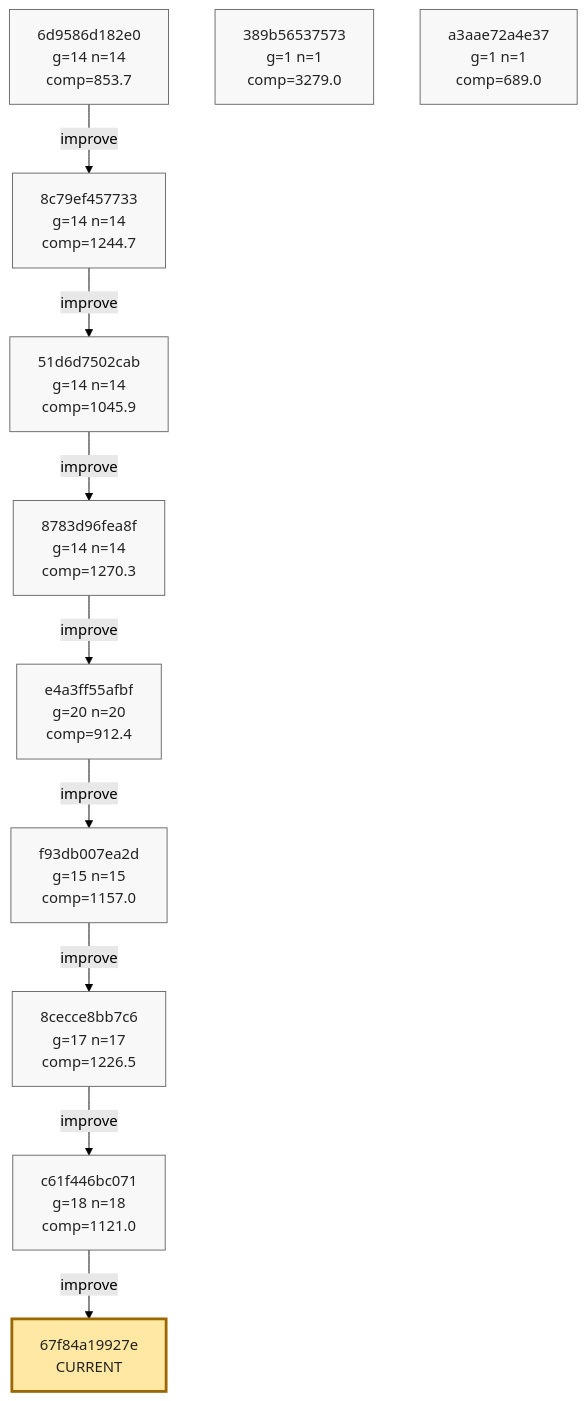
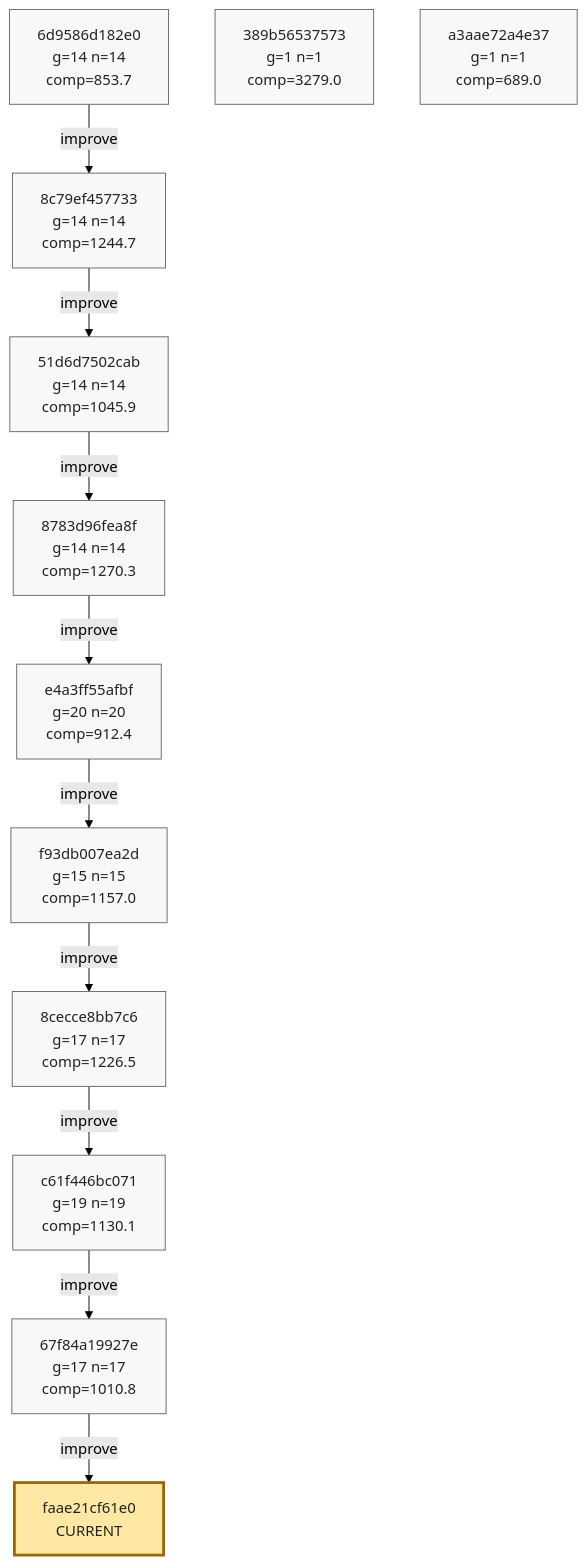
Before and after one commit to azumag/soviet_now: the eighth of 8 diagrams in phyrogenetic-tree.md, drawn with Mermaid (forest theme). The commit also changed other lines of this file and 2 other files, not shown here.

Commit message:
eloop Improve after 12 games (scores: 2398 1063 805 3728 765 3407 1125 976 1376 962 499 694)

````diff
--- a/phyrogenetic-tree.md
+++ b/phyrogenetic-tree.md
@@ -1942,40 +1942,43 @@
 ```mermaid
 flowchart TD
     h_6d9586d182e0["6d9586d182e0<br/>g=14 n=14<br/>comp=853.7"]
     h_8c79ef457733["8c79ef457733<br/>g=14 n=14<br/>comp=1244.7"]
     h_51d6d7502cab["51d6d7502cab<br/>g=14 n=14<br/>comp=1045.9"]
     h_8783d96fea8f["8783d96fea8f<br/>g=14 n=14<br/>comp=1270.3"]
     h_e4a3ff55afbf["e4a3ff55afbf<br/>g=20 n=20<br/>comp=912.4"]
     h_f93db007ea2d["f93db007ea2d<br/>g=15 n=15<br/>comp=1157.0"]
     h_8cecce8bb7c6["8cecce8bb7c6<br/>g=17 n=17<br/>comp=1226.5"]
-    h_c61f446bc071["c61f446bc071<br/>g=18 n=18<br/>comp=1121.0"]
+    h_c61f446bc071["c61f446bc071<br/>g=19 n=19<br/>comp=1130.1"]
+    h_67f84a19927e["67f84a19927e<br/>g=17 n=17<br/>comp=1010.8"]
     h_389b56537573["389b56537573<br/>g=1 n=1<br/>comp=3279.0"]
     h_a3aae72a4e37["a3aae72a4e37<br/>g=1 n=1<br/>comp=689.0"]
-    h_67f84a19927e["67f84a19927e<br/>CURRENT"]
+    h_faae21cf61e0["faae21cf61e0<br/>CURRENT"]
 
     h_6d9586d182e0 -->|improve| h_8c79ef457733
     h_8c79ef457733 -->|improve| h_51d6d7502cab
     h_51d6d7502cab -->|improve| h_8783d96fea8f
     h_8783d96fea8f -->|improve| h_e4a3ff55afbf
     h_e4a3ff55afbf -->|improve| h_f93db007ea2d
     h_f93db007ea2d -->|improve| h_8cecce8bb7c6
     h_8cecce8bb7c6 -->|improve| h_c61f446bc071
     h_c61f446bc071 -->|improve| h_67f84a19927e
+    h_67f84a19927e -->|improve| h_faae21cf61e0
 
     classDef plain fill:#f8f8f8,stroke:#666,stroke-width:1px,color:#222;
     classDef current fill:#ffe8a3,stroke:#9a6700,stroke-width:3px,color:#222;
     classDef anchor fill:#d7f5dd,stroke:#1f6f43,stroke-width:3px,color:#222;
     classDef current_anchor fill:#f3e4a8,stroke:#1f6f43,stroke-width:4px,color:#222;
 
     class h_6d9586d182e0 plain;
     class h_8c79ef457733 plain;
     class h_51d6d7502cab plain;
     class h_8783d96fea8f plain;
     class h_e4a3ff55afbf plain;
     class h_f93db007ea2d plain;
     class h_8cecce8bb7c6 plain;
     class h_c61f446bc071 plain;
+    class h_67f84a19927e plain;
     class h_389b56537573 plain;
     class h_a3aae72a4e37 plain;
-    class h_67f84a19927e current;
+    class h_faae21cf61e0 current;
 ```
````
